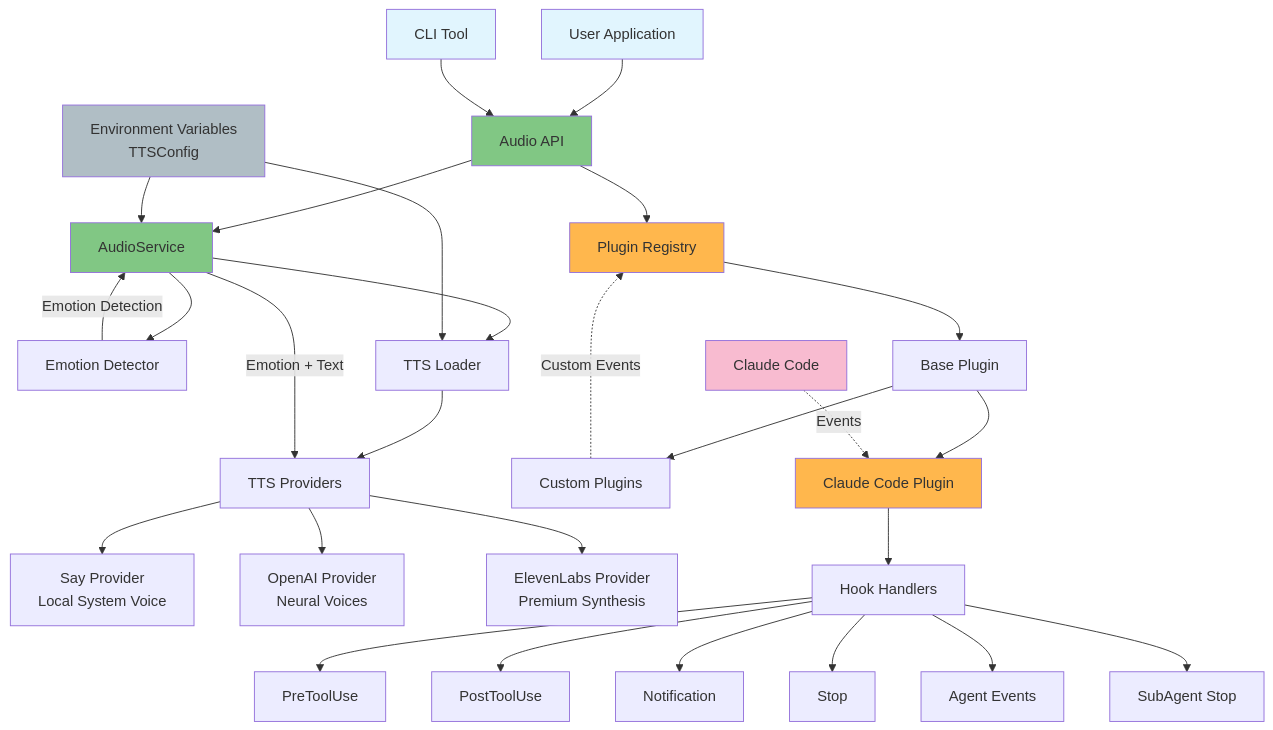
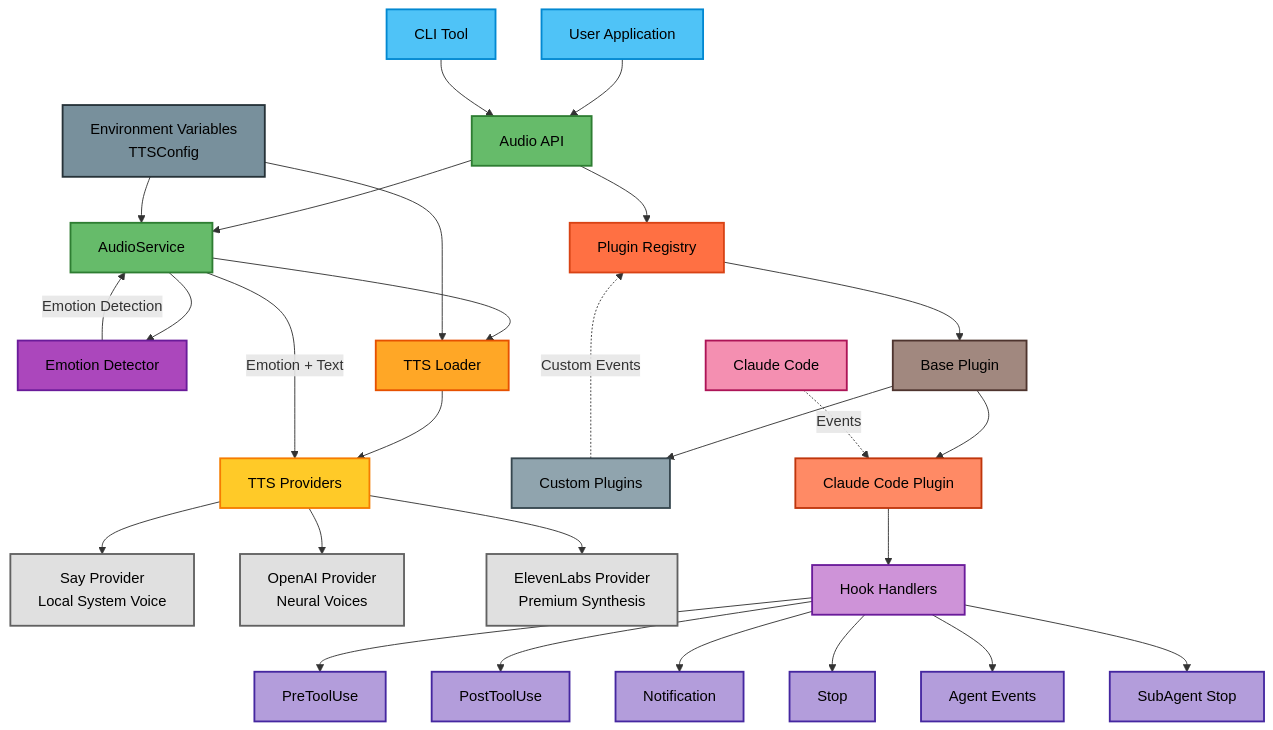
One commit to neekware/eh-aye-stts changed the diagram in docs/architecture-flow.md. Above: the diagram before and after it, drawn with Mermaid. The commit also changed 6 other files, not shown here.

````diff
--- a/docs/architecture-flow.md
+++ b/docs/architecture-flow.md
@@ -3,53 +3,68 @@
 ```mermaid
 graph TB
     %% User Entry Points
     User[User Application] --> API[Audio API]
     CLI[CLI Tool] --> API
 
     %% Core Audio API
     API --> AS[AudioService]
     AS --> ED[Emotion Detector]
     AS --> TL[TTS Loader]
 
     %% TTS System
     TL --> TP[TTS Providers]
     TP --> Say[Say Provider<br/>Local System Voice]
     TP --> OAI[OpenAI Provider<br/>Neural Voices]
     TP --> EL[ElevenLabs Provider<br/>Premium Synthesis]
 
     %% Plugin System
     API --> PR[Plugin Registry]
     PR --> BP[Base Plugin]
     BP --> CP[Custom Plugins]
     BP --> CCP[Claude Code Plugin]
 
     %% Claude Code Integration
     CCP --> Hooks[Hook Handlers]
     Hooks --> PTU[PreToolUse]
     Hooks --> PSTU[PostToolUse]
     Hooks --> Not[Notification]
     Hooks --> Stop[Stop]
     Hooks --> Agent[Agent Events]
     Hooks --> SubAgent[SubAgent Stop]
 
     %% Event Flow
     CC[Claude Code] -.->|Events| CCP
     CP -.->|Custom Events| PR
 
     %% Emotion Flow
     ED --> |Emotion Detection| AS
     AS --> |Emotion + Text| TP
 
     %% Configuration
     Config[Environment Variables<br/>TTSConfig] --> AS
     Config --> TL
 
-    style User fill:#e1f5fe
-    style CLI fill:#e1f5fe
-    style API fill:#81c784
-    style AS fill:#81c784
-    style PR fill:#ffb74d
-    style CCP fill:#ffb74d
-    style CC fill:#f8bbd0
-    style Config fill:#b0bec5
+    style User fill:#4fc3f7,stroke:#0288d1,stroke-width:2px,color:#000
+    style CLI fill:#4fc3f7,stroke:#0288d1,stroke-width:2px,color:#000
+    style API fill:#66bb6a,stroke:#2e7d32,stroke-width:2px,color:#000
+    style AS fill:#66bb6a,stroke:#2e7d32,stroke-width:2px,color:#000
+    style ED fill:#ab47bc,stroke:#6a1b9a,stroke-width:2px,color:#000
+    style TL fill:#ffa726,stroke:#e65100,stroke-width:2px,color:#000
+    style TP fill:#ffca28,stroke:#f57c00,stroke-width:2px,color:#000
+    style Say fill:#e0e0e0,stroke:#616161,stroke-width:2px,color:#000
+    style OAI fill:#e0e0e0,stroke:#616161,stroke-width:2px,color:#000
+    style EL fill:#e0e0e0,stroke:#616161,stroke-width:2px,color:#000
+    style PR fill:#ff7043,stroke:#d84315,stroke-width:2px,color:#000
+    style BP fill:#a1887f,stroke:#4e342e,stroke-width:2px,color:#000
+    style CP fill:#90a4ae,stroke:#37474f,stroke-width:2px,color:#000
+    style CCP fill:#ff8a65,stroke:#bf360c,stroke-width:2px,color:#000
+    style CC fill:#f48fb1,stroke:#ad1457,stroke-width:2px,color:#000
+    style Config fill:#78909c,stroke:#263238,stroke-width:2px,color:#000
+    style Hooks fill:#ce93d8,stroke:#6a1b9a,stroke-width:2px,color:#000
+    style PTU fill:#b39ddb,stroke:#4527a0,stroke-width:2px,color:#000
+    style PSTU fill:#b39ddb,stroke:#4527a0,stroke-width:2px,color:#000
+    style Not fill:#b39ddb,stroke:#4527a0,stroke-width:2px,color:#000
+    style Stop fill:#b39ddb,stroke:#4527a0,stroke-width:2px,color:#000
+    style Agent fill:#b39ddb,stroke:#4527a0,stroke-width:2px,color:#000
+    style SubAgent fill:#b39ddb,stroke:#4527a0,stroke-width:2px,color:#000
 ```
````
